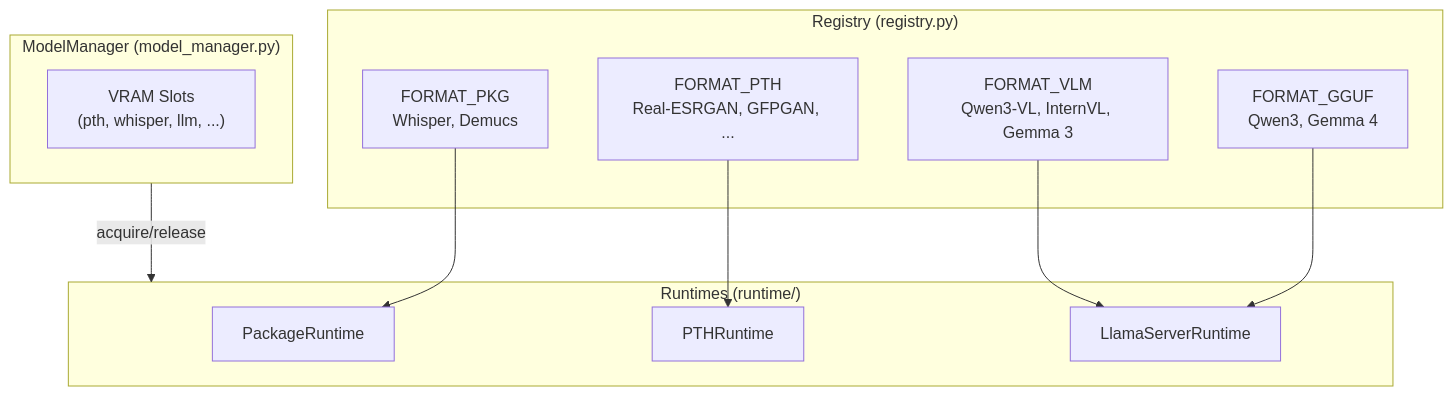
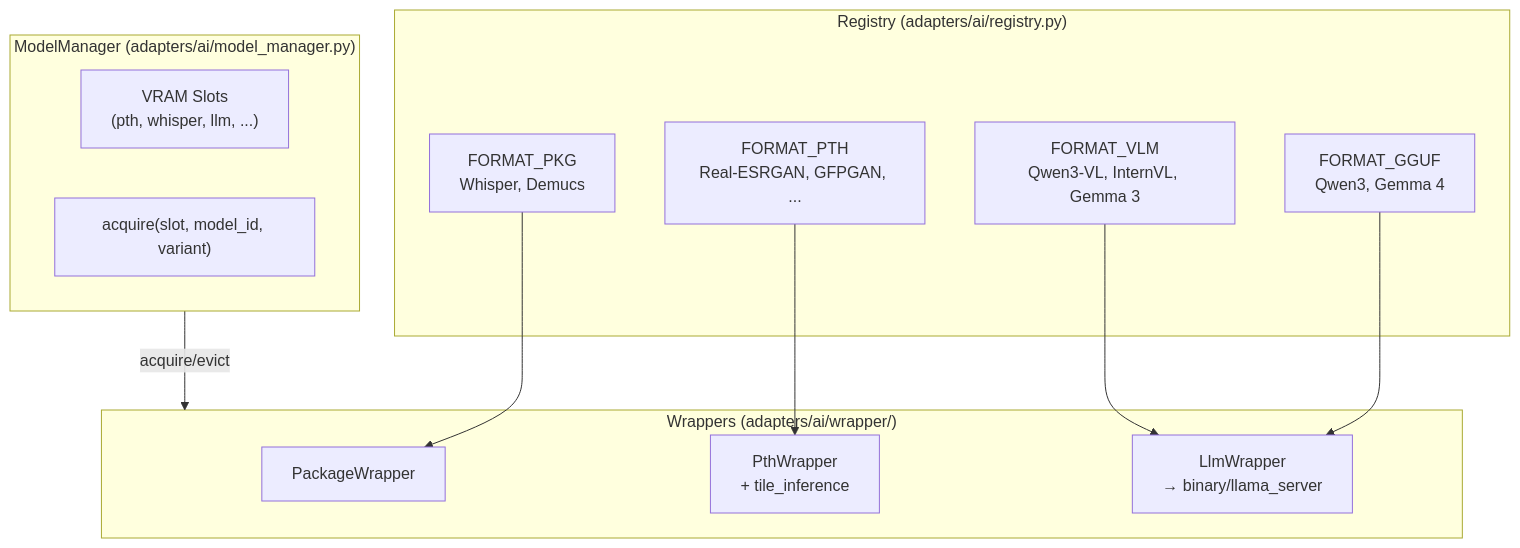
One commit to sw-willie-wu/MediaTranX changed the third of 5 diagrams in docs/ARCHITECTURE.md. Above: the diagram before and after it, drawn with Mermaid. The commit also changed other lines of this file and 1 other file, not shown here.

First line of the commit message:
docs: align spec with engine→adapters restructure

````diff
--- a/docs/ARCHITECTURE.md
+++ b/docs/ARCHITECTURE.md
@@ -110,25 +116,26 @@
 ```mermaid
 graph TB
-    subgraph Registry["Registry (registry.py)"]
+    subgraph Registry["Registry (adapters/ai/registry.py)"]
         FORMAT_PKG["FORMAT_PKG<br/>Whisper, Demucs"]
         FORMAT_GGUF["FORMAT_GGUF<br/>Qwen3, Gemma 4"]
         FORMAT_PTH["FORMAT_PTH<br/>Real-ESRGAN, GFPGAN, ..."]
         FORMAT_VLM["FORMAT_VLM<br/>Qwen3-VL, InternVL, Gemma 3"]
     end
 
-    subgraph Manager["ModelManager (model_manager.py)"]
+    subgraph Manager["ModelManager (adapters/ai/model_manager.py)"]
         Slots["VRAM Slots<br/>(pth, whisper, llm, ...)"]
+        Acquire["acquire(slot, model_id, variant)"]
     end
 
-    subgraph Runtimes["Runtimes (runtime/)"]
-        PKG["PackageRuntime"]
-        PTH["PTHRuntime"]
-        LLAMA["LlamaServerRuntime"]
+    subgraph Wrappers["Wrappers (adapters/ai/wrapper/)"]
+        PKG["PackageWrapper"]
+        PTH["PthWrapper<br/>+ tile_inference"]
+        LLM["LlmWrapper<br/>→ binary/llama_server"]
     end
 
     FORMAT_PKG --> PKG
     FORMAT_PTH --> PTH
-    FORMAT_GGUF --> LLAMA
-    FORMAT_VLM --> LLAMA
-    Manager -->|"acquire/release"| Runtimes
+    FORMAT_GGUF --> LLM
+    FORMAT_VLM --> LLM
+    Manager -->|"acquire/evict"| Wrappers
 ```
````
